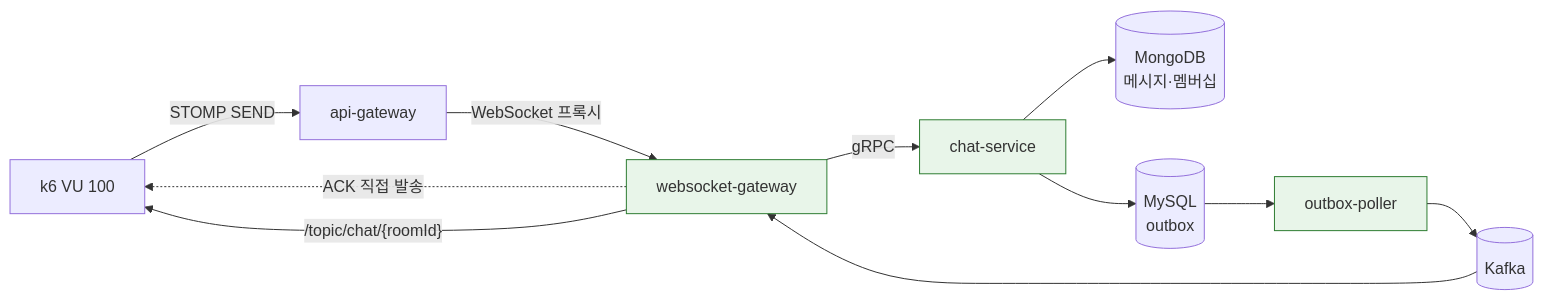
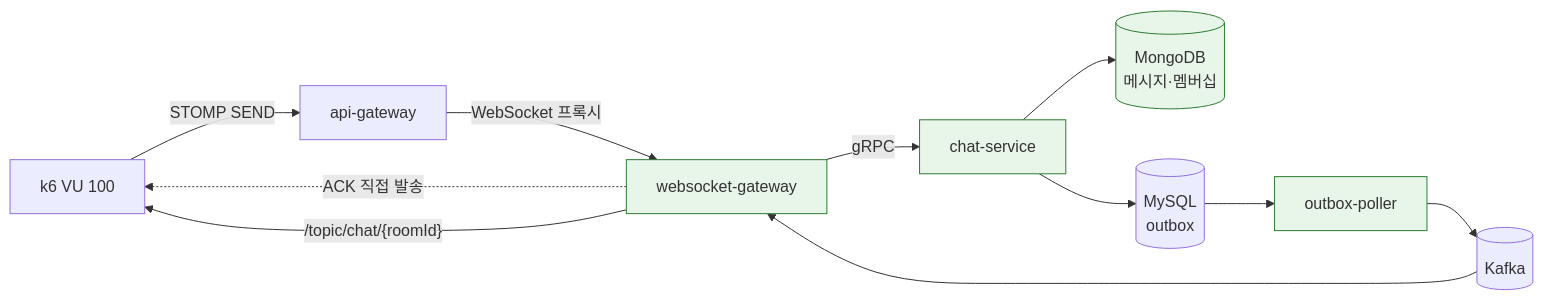
The diagram in chat/load-test-results/chatmessage/websocket-gateway/README.md (noah0504789/crypto-project-backend), drawn with Mermaid before and after one commit. The commit also changed other lines of this file and 3 other files, not shown here.

````diff
--- a/chat/load-test-results/chatmessage/websocket-gateway/README.md
+++ b/chat/load-test-results/chatmessage/websocket-gateway/README.md
@@ -8,16 +8,16 @@
 ```mermaid
 flowchart LR
   K[k6 VU 100] -->|STOMP SEND| AG[api-gateway]
   AG -->|WebSocket 프록시| WG[websocket-gateway]
   WG -->|gRPC| CS[chat-service]
   CS --> MG[(MongoDB<br/>메시지·멤버십)]
   CS --> OB[(MySQL<br/>outbox)]
   WG -.ACK 직접 발송.-> K
   OB --> OP[outbox-poller]
   OP --> KF[(Kafka)]
   KF --> WG
   WG -->|"/topic/chat/{roomId}"| K
 
   classDef fixed fill:#e8f5e9,stroke:#2e7d32
-  class CS,WG,OP fixed
+  class CS,WG,OP,MG fixed
 ```
````
